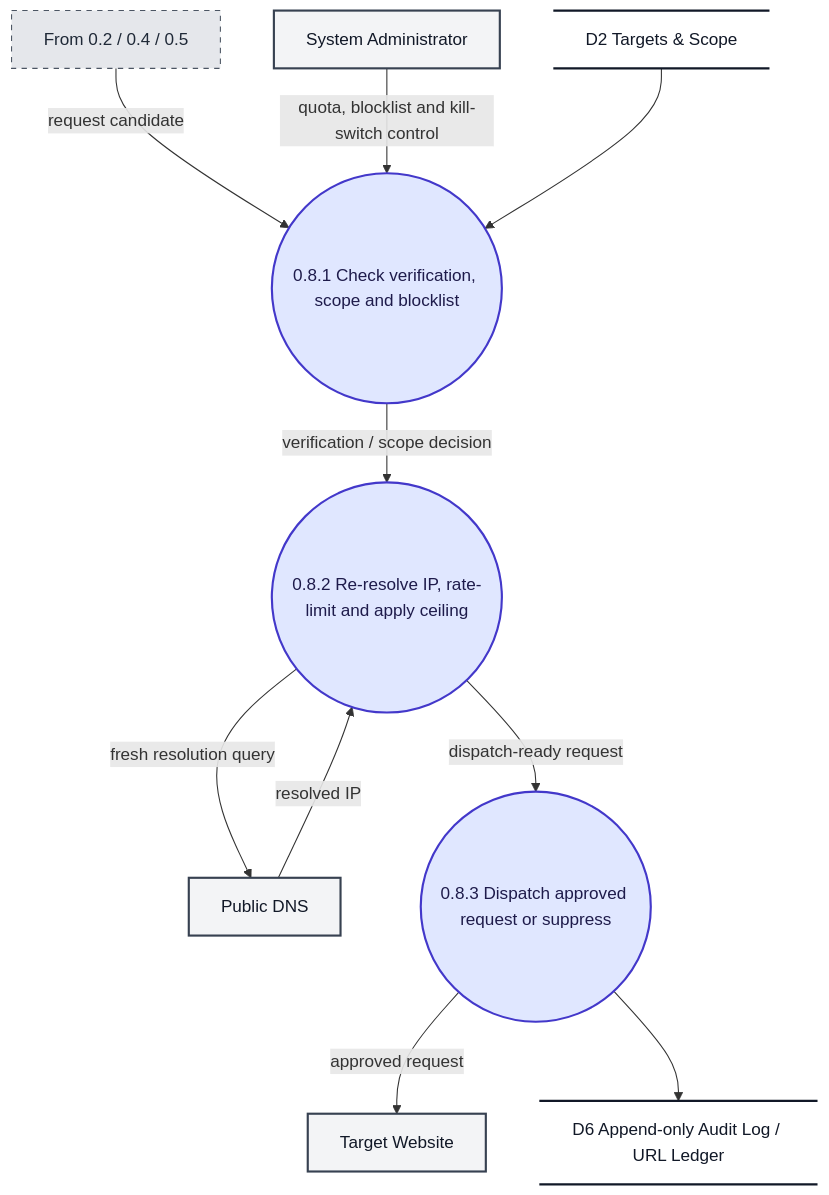
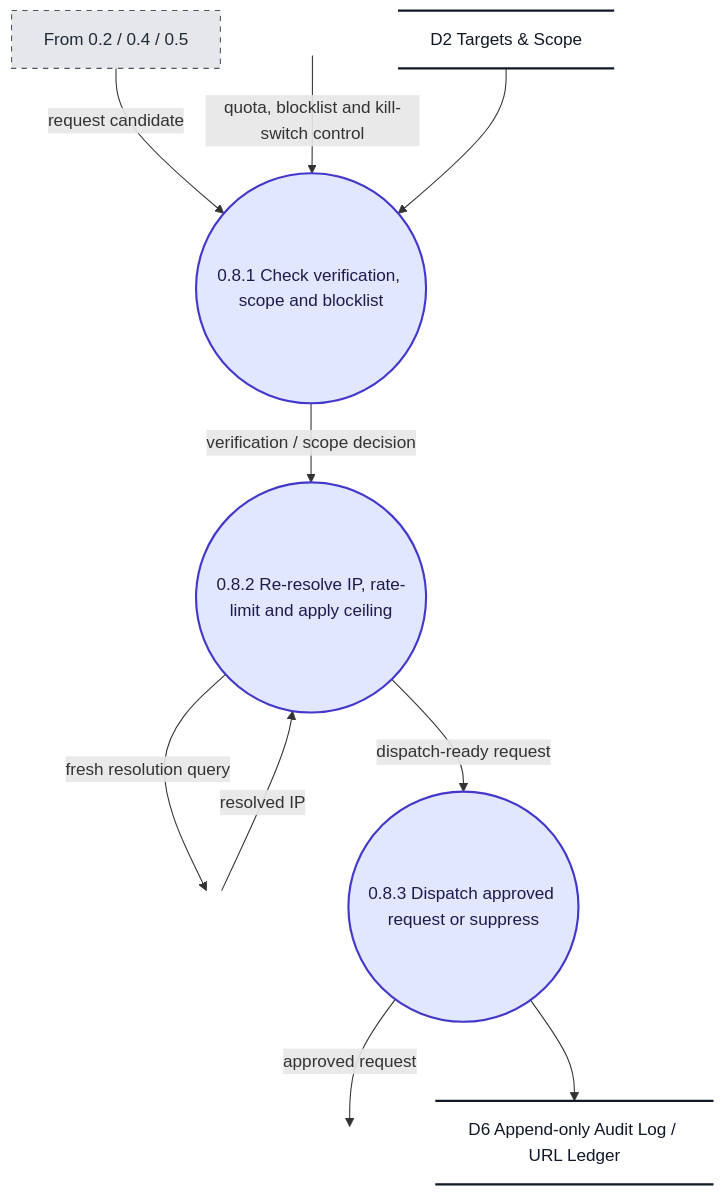
Before and after one commit to ksacheth/software-engineering: the tenth of 11 diagrams in docs/dfd/Website_Vulnerability_Scanner_DFD.md, drawn with Mermaid. The commit also changed other lines of this file and 19 other files, not shown here.

First line of the commit message:
docs(dfd): align level-2 DFDs and report format with textbook and peer reference

````diff
--- a/docs/dfd/Website_Vulnerability_Scanner_DFD.md
+++ b/docs/dfd/Website_Vulnerability_Scanner_DFD.md
@@ -426,37 +413,35 @@
 ```mermaid
 flowchart TD
-    %% Level 2 DFD - F.8 Safety, Auditing and Administration
 
     I_From["From 0.2 / 0.4 / 0.5"]
-    Admin["System Administrator"]
-    Target["Target Website"]
-    DNS["Public DNS"]
+    B_Admin[" "]
+    B_Target[" "]
+    B_DNS[" "]
 
     P81(("0.8.1 Check verification, scope and blocklist"))
     P82(("0.8.2 Re-resolve IP, rate-limit and apply ceiling"))
     P83(("0.8.3 Dispatch approved request or suppress"))
 
     D2@{ shape: datastore, label: "D2 Targets & Scope" }
     D6@{ shape: datastore, label: "D6 Append-only Audit Log / URL Ledger" }
 
     I_From -->|"request candidate"| P81
     P81 -->|"verification / scope decision"| P82
     P82 -->|"dispatch-ready request"| P83
-    P83 -->|"approved request"| Target
+    P83 -->|"approved request"| B_Target
 
-    Admin -->|"quota, blocklist and kill-switch control"| P81
+    B_Admin -->|"quota, blocklist and kill-switch control"| P81
     D2 --> P81
-    P82 -->|"fresh resolution query"| DNS
-    DNS -->|"resolved IP"| P82
+    P82 -->|"fresh resolution query"| B_DNS
+    B_DNS -->|"resolved IP"| P82
     P83 --> D6
 
-    %% Styling
     classDef process fill:#e0e7ff,stroke:#4338ca,stroke-width:2px,color:#1e1b4b;
-    classDef entity fill:#f3f4f6,stroke:#374151,stroke-width:2px,color:#111827;
     classDef store fill:transparent,stroke:#111827,stroke-width:2px,color:#111827;
     classDef iface fill:#e5e7eb,stroke:#4b5563,stroke-width:1px,stroke-dasharray: 5 5,color:#1f2937;
+    classDef boundary fill:transparent,stroke:transparent,color:transparent;
     class P81,P82,P83 process;
-    class Admin,Target,DNS entity;
     class D2,D6 store;
     class I_From iface;
+    class B_Admin,B_Target,B_DNS boundary;
 ```
````
